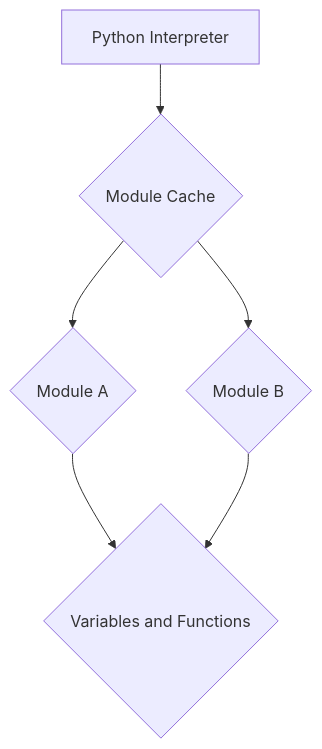
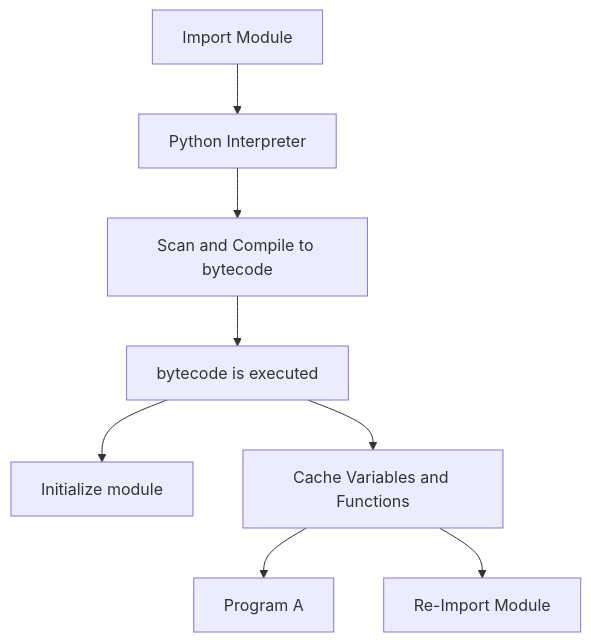
The diagram in 08_Modules_Packages/08_Modules_Packages.md (praveenchs/real_python), drawn with Mermaid before and after one commit. The commit also changed other lines of this file, not shown here.

Commit message:
Modules & Packages

````diff
--- a/08_Modules_Packages/08_Modules_Packages.md
+++ b/08_Modules_Packages/08_Modules_Packages.md
@@ -76,8 +76,10 @@
 ```mermaid
 graph TD;
-A[Python Interpreter] --> B{Module Cache}
-    B-->C{Module A};
-    B-->D{Module B};
-    C-->E{Variables and Functions};
-    D-->E;
+A[Import Module] --> B[Python Interpreter];
+B[Python Interpreter] --> C[Scan and Compile to bytecode];
+C[Scan and Compile to bytecode] --> D[bytecode is executed]
+D[bytecode is executed] --> E[Initialize module];
+D[bytecode is executed] --> F[Cache Variables and Functions];
+F[Cache Variables and Functions] --> H[Program A];
+F[Cache Variables and Functions] --> I[Re-Import Module];
 ```
````
